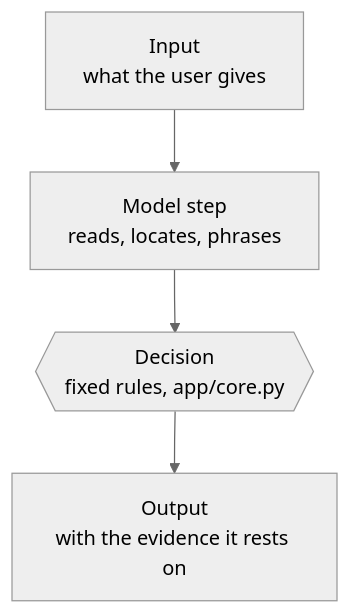
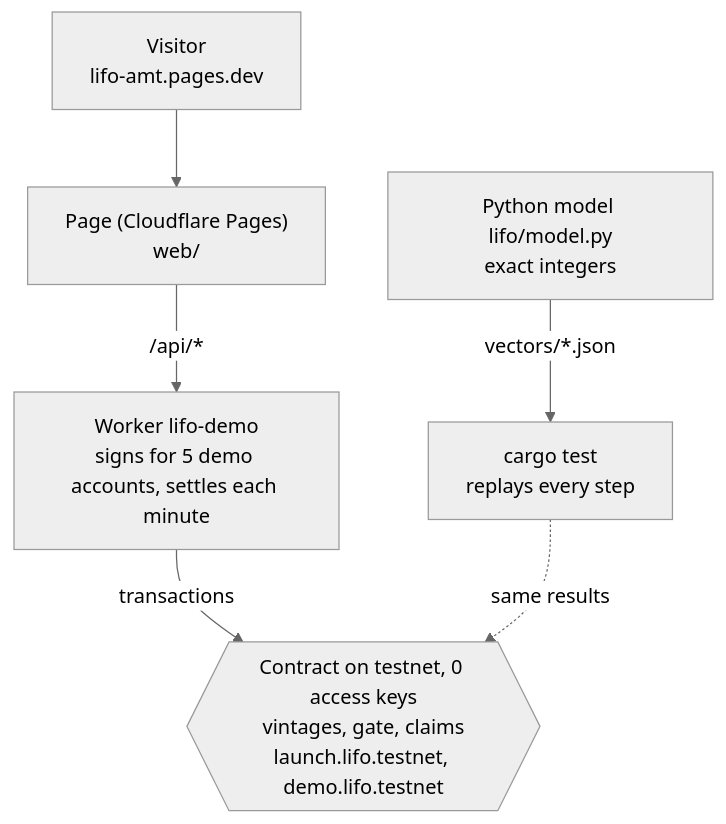
One commit to Marc-Dvci/lifo changed the diagram in docs/architecture.mmd. Above: the diagram before and after it, drawn with Mermaid (neutral theme). The commit also changed 3 other files, not shown here.

Commit message:
Screenshots of the live page and the architecture diagram

```diff
--- a/docs/architecture.mmd
+++ b/docs/architecture.mmd
@@ -1,6 +1,7 @@
 %% Source of docs/architecture.png, the diagram in the README. Rebuild: python scripts/render_diagram.py
-%% TEMPLATE: replace with the project's own flow; mark where models read and where code decides.
 flowchart TD
-    A["Input<br/>what the user gives"] --> B["Model step<br/>reads, locates, phrases"]
-    B --> C{{"Decision<br/>fixed rules, app/core.py"}}
-    C --> D["Output<br/>with the evidence it rests on"]
+    V["Visitor<br/>lifo-amt.pages.dev"] --> P["Page (Cloudflare Pages)<br/>web/"]
+    P -->|"/api/*"| W["Worker lifo-demo<br/>signs for 5 demo accounts, settles each minute"]
+    W -->|"transactions"| C{{"Contract on testnet, 0 access keys<br/>vintages, gate, claims<br/>launch.lifo.testnet, demo.lifo.testnet"}}
+    M["Python model lifo/model.py<br/>exact integers"] -->|"vectors/*.json"| T["cargo test<br/>replays every step"]
+    T -.->|"same results"| C
```
